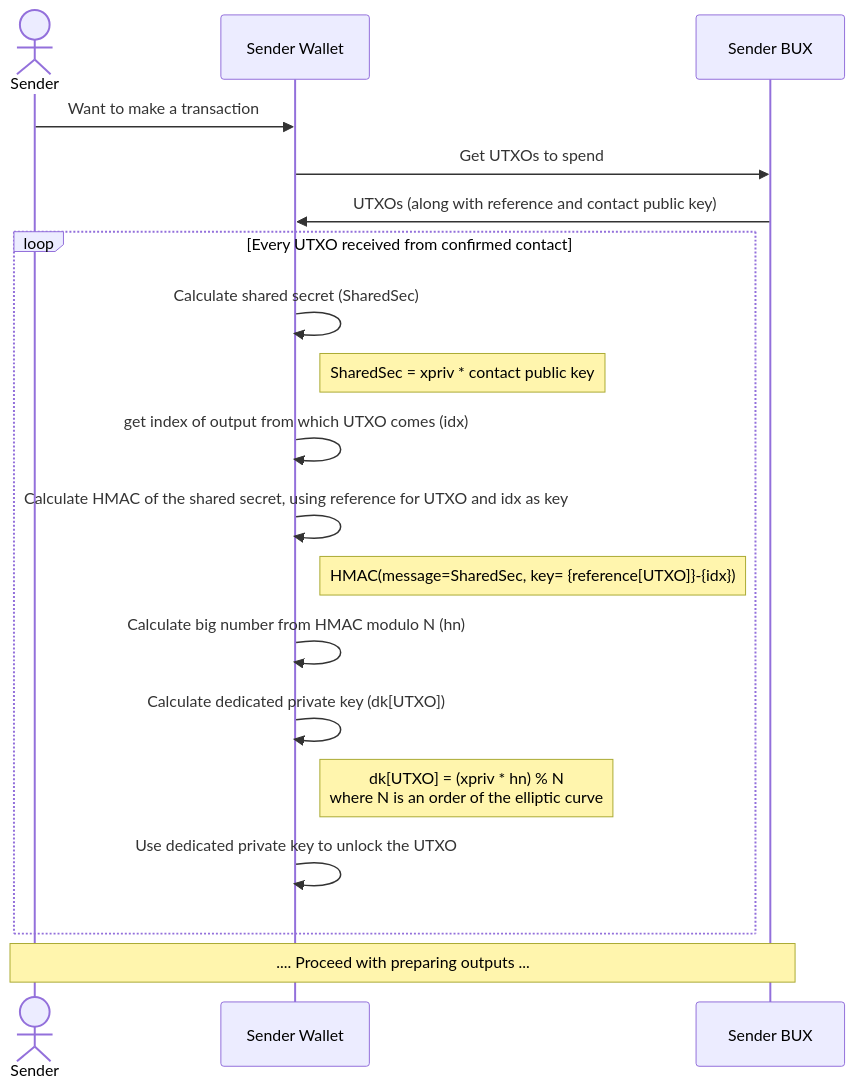
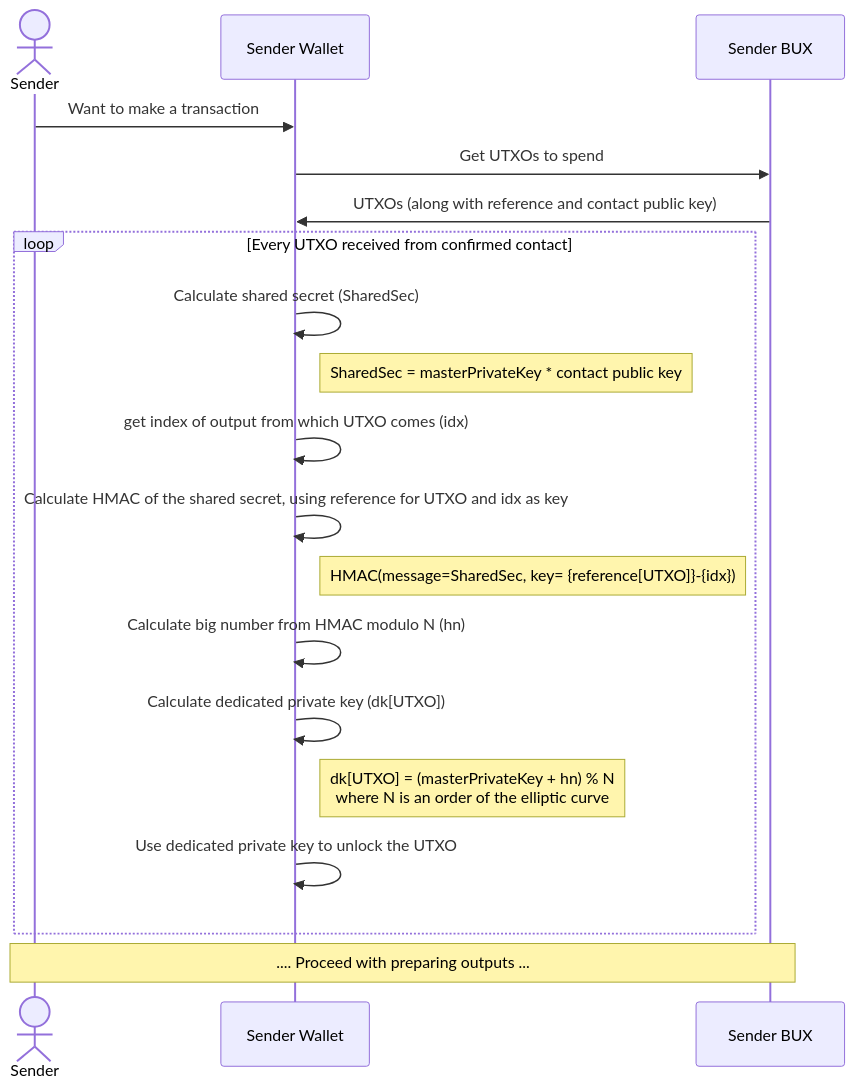
One commit to bitcoin-sv/BRCs changed the third of 3 diagrams in peer-to-peer/0077.md. Above: the diagram before and after it, drawn with Mermaid. The commit also changed other lines of this file, not shown here.

Commit message:
BRC-77 Adjustments in names and additional notes for clarification

````diff
--- a/peer-to-peer/0077.md
+++ b/peer-to-peer/0077.md
@@ -214,22 +215,22 @@
 ```mermaid
 sequenceDiagram
     actor Sender
     participant Sender Wallet
     participant Sender BUX
 
     Sender->>Sender Wallet: Want to make a transaction
     Sender Wallet->>Sender BUX: Get UTXOs to spend
     Sender BUX->>Sender Wallet: UTXOs (along with reference and contact public key)
     loop Every UTXO received from confirmed contact
         Sender Wallet ->> Sender Wallet: Calculate shared secret (SharedSec) 
-        Note right of Sender Wallet: SharedSec = xpriv * contact public key
+        Note right of Sender Wallet: SharedSec = masterPrivateKey * contact public key
         Sender Wallet ->> Sender Wallet: get index of output from which UTXO comes (idx)
         Sender Wallet ->> Sender Wallet: Calculate HMAC of the shared secret, using reference for UTXO and idx as key
         Note right of Sender Wallet: HMAC(message=SharedSec, key= {reference[UTXO]}-{idx})
         Sender Wallet ->> Sender Wallet: Calculate big number from HMAC modulo N (hn)
         Sender Wallet ->> Sender Wallet: Calculate dedicated private key (dk[UTXO])
-        Note right of Sender Wallet: dk[UTXO] = (xpriv * hn) % N <br/> where N is an order of the elliptic curve
+        Note right of Sender Wallet: dk[UTXO] = (masterPrivateKey + hn) % N <br/> where N is an order of the elliptic curve
         Sender Wallet->>Sender Wallet: Use dedicated private key to unlock the UTXO
     end
     Note over Sender,Sender BUX: .... Proceed with preparing outputs ...
 ```
````
